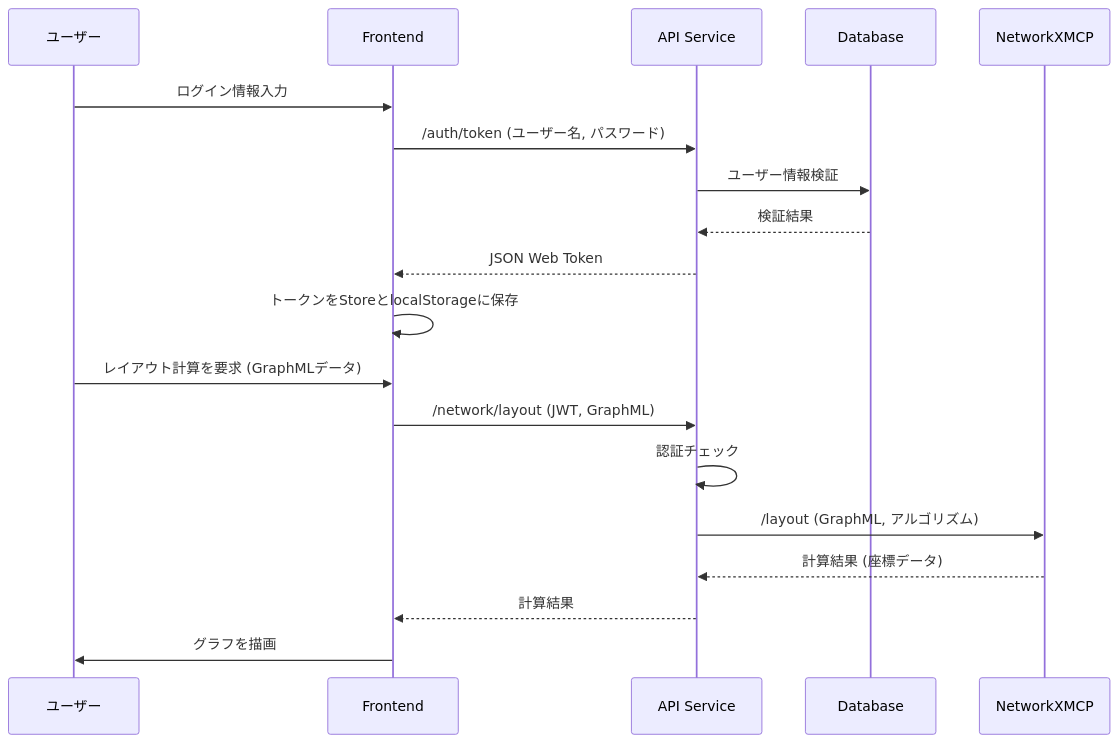
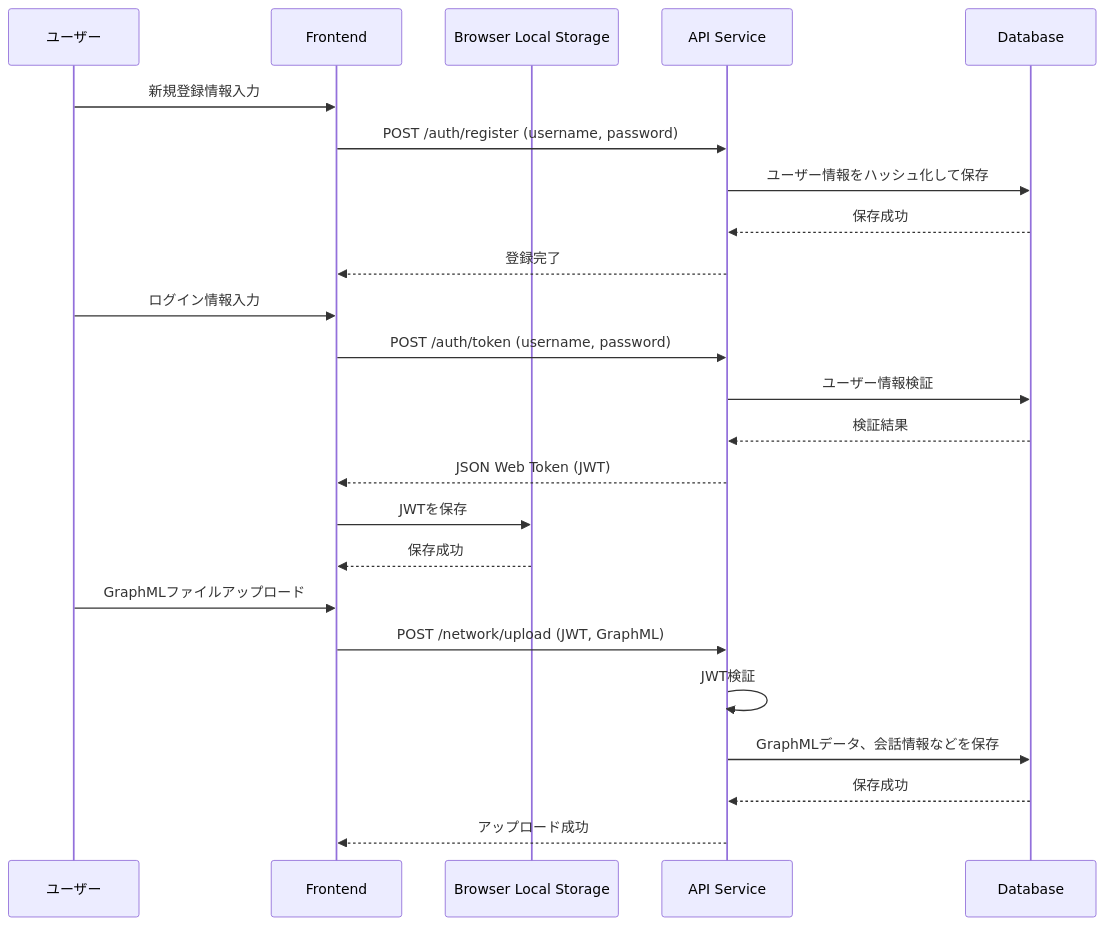
The sixth of 8 diagrams in specification/architecture.md (vdslab/LLMGraphvis), drawn with Mermaid before and after one commit. The commit also changed other lines of this file and 3 other files, not shown here.

Commit message:
feat: Add copy-doc script and update architecture, backend, and frontend documentation for clarity and detail

````diff
--- a/specification/architecture.md
+++ b/specification/architecture.md
@@ -141,22 +176,29 @@
 ```mermaid
 sequenceDiagram
     participant U as ユーザー
     participant F as Frontend
+    participant LS as Browser Local Storage
     participant B as API Service
     participant DB as Database
-    participant N as NetworkXMCP
+
+    U->>F: 新規登録情報入力
+    F->>B: POST /auth/register (username, password)
+    B->>DB: ユーザー情報をハッシュ化して保存
+    DB-->>B: 保存成功
+    B-->>F: 登録完了
 
     U->>F: ログイン情報入力
-    F->>B: /auth/token (ユーザー名, パスワード)
+    F->>B: POST /auth/token (username, password)
     B->>DB: ユーザー情報検証
     DB-->>B: 検証結果
-    B-->>F: JSON Web Token
-    F->>F: トークンをStoreとlocalStorageに保存
-    U->>F: レイアウト計算を要求 (GraphMLデータ)
-    F->>B: /network/layout (JWT, GraphML)
-    B->>B: 認証チェック
-    B->>N: /layout (GraphML, アルゴリズム)
-    N-->>B: 計算結果 (座標データ)
-    B-->>F: 計算結果
-    F->>U: グラフを描画
+    B-->>F: JSON Web Token (JWT)
+    F->>LS: JWTを保存
+    LS-->>F: 保存成功
+
+    U->>F: GraphMLファイルアップロード
+    F->>B: POST /network/upload (JWT, GraphML)
+    B->>B: JWT検証
+    B->>DB: GraphMLデータ、会話情報などを保存
+    DB-->>B: 保存成功
+    B-->>F: アップロード成功
 ```
````
